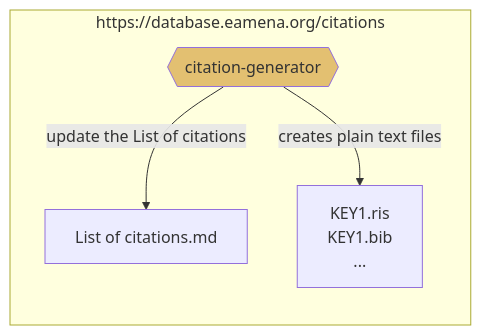
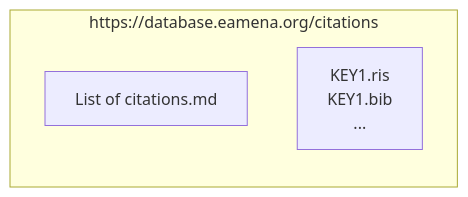
The third of 3 diagrams in data/bibref/README.md (eamena-project/eamena-arches-dev), drawn with Mermaid before and after one commit.

````diff
--- a/data/bibref/README.md
+++ b/data/bibref/README.md
@@ -69,9 +69,7 @@
 ```mermaid
 flowchart LR
-	G{{citation-generator}}:::eamenaFunc;
 	subgraph "https://database.eamena.org/citations"
-	G -- update the List of citations --> I[List of citations.md];
-	G -- creates plain text files --> J[KEY1.ris <br> KEY1.bib <br> ...]
+	I[List of citations.md];
+	J[KEY1.ris <br> KEY1.bib <br> ...]
 	end
-	classDef eamenaFunc fill:#e3c071;
 ```
````
